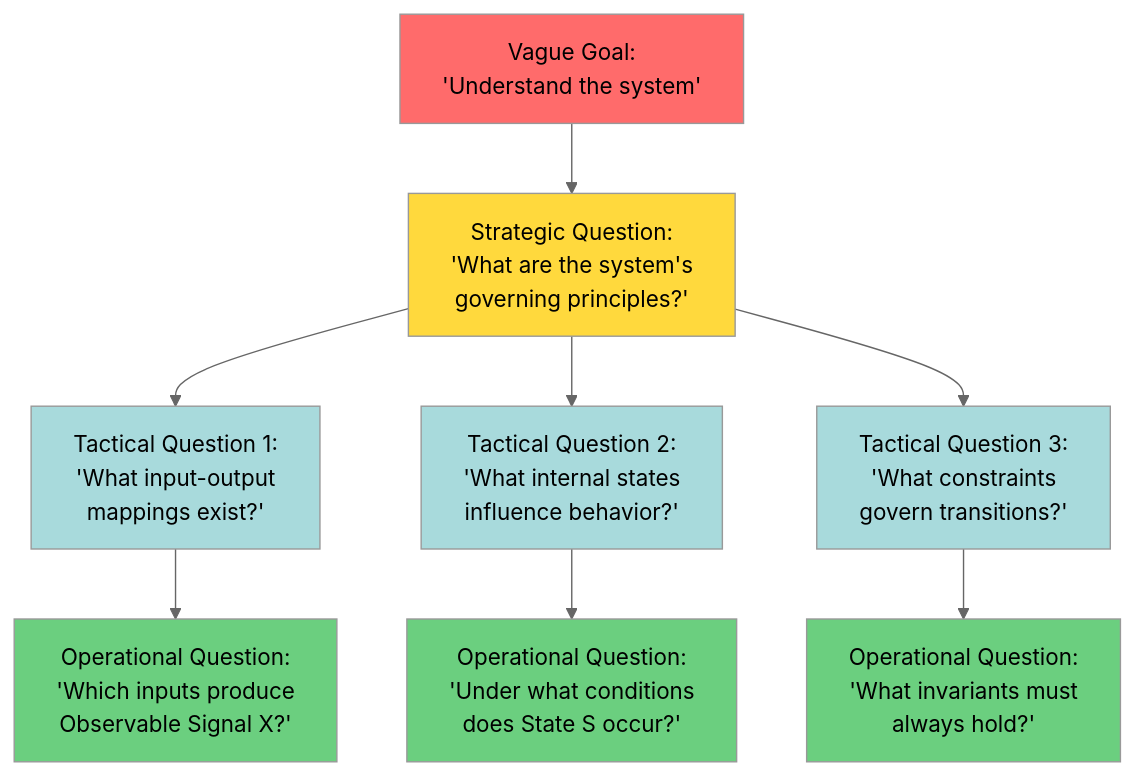
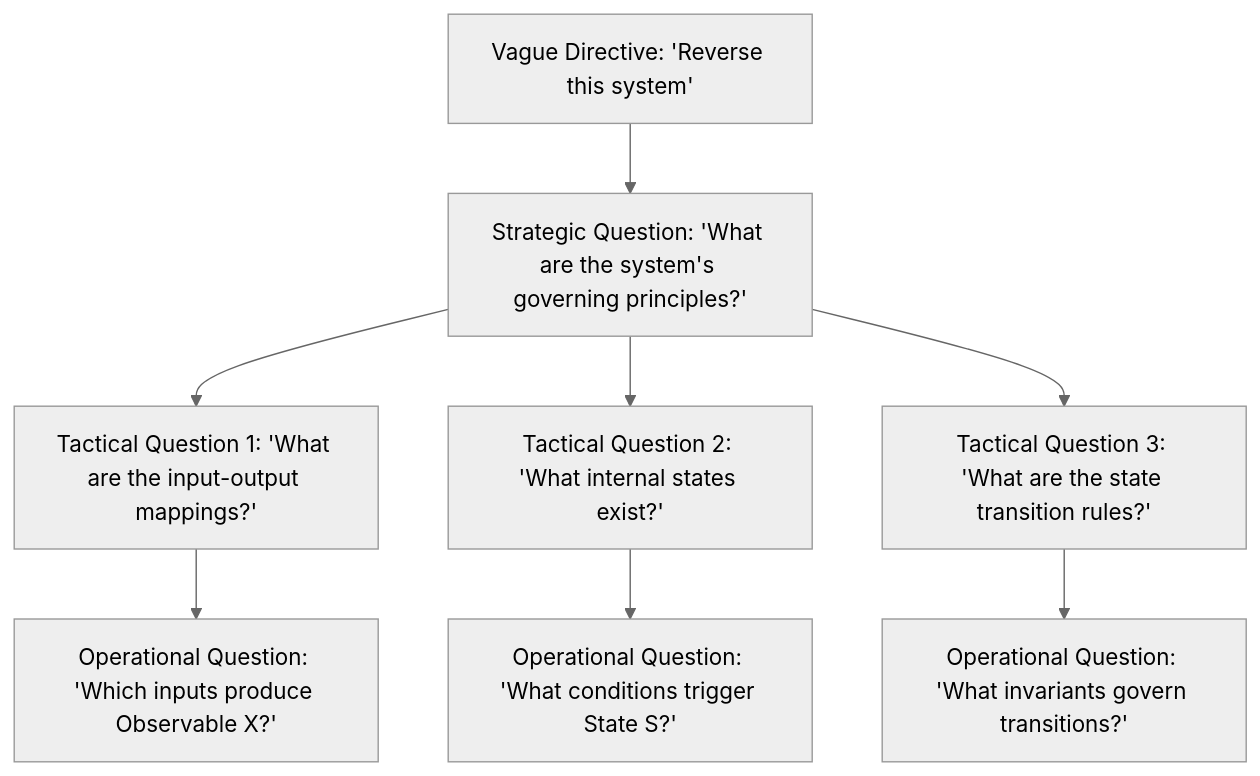
One commit to NikolasMarkou/prompt_collections changed the second of 13 diagrams in system_reverse_engineering.md. Above: the diagram before and after it, drawn with Mermaid (neutral theme). The commit also changed other lines of this file, not shown here.

````diff
--- a/system_reverse_engineering.md
+++ b/system_reverse_engineering.md
@@ -137,21 +85,10 @@
-```mermaid
-graph TD
-    A[Vague Goal:<br/>'Understand the system'] --> B[Strategic Question:<br/>'What are the system's<br/>governing principles?']
-    
-    B --> C1[Tactical Question 1:<br/>'What input-output<br/>mappings exist?']
-    B --> C2[Tactical Question 2:<br/>'What internal states<br/>influence behavior?']
-    B --> C3[Tactical Question 3:<br/>'What constraints<br/>govern transitions?']
-    
-    C1 --> D1[Operational Question:<br/>'Which inputs produce<br/>Observable Signal X?']
-    C2 --> D2[Operational Question:<br/>'Under what conditions<br/>does State S occur?']
-    C3 --> D3[Operational Question:<br/>'What invariants must<br/>always hold?']
-    
-    style A fill:#ff6b6b
-    style B fill:#ffd93d
-    style C1 fill:#a8dadc
-    style C2 fill:#a8dadc
-    style C3 fill:#a8dadc
-    style D1 fill:#6bcf7f
-    style D2 fill:#6bcf7f
-    style D3 fill:#6bcf7f
-```
+        ```mermaid
+        graph TD
+            A[Vague Directive: 'Reverse this system'] --> B[Strategic Question: 'What are the system's governing principles?']
+            B --> C1[Tactical Question 1: 'What are the input-output mappings?']
+            B --> C2[Tactical Question 2: 'What internal states exist?']
+            B --> C3[Tactical Question 3: 'What are the state transition rules?']
+            C1 --> D1[Operational Question: 'Which inputs produce Observable X?']
+            C2 --> D2[Operational Question: 'What conditions trigger State S?']
+            C3 --> D3[Operational Question: 'What invariants govern transitions?']
+        ```
````
